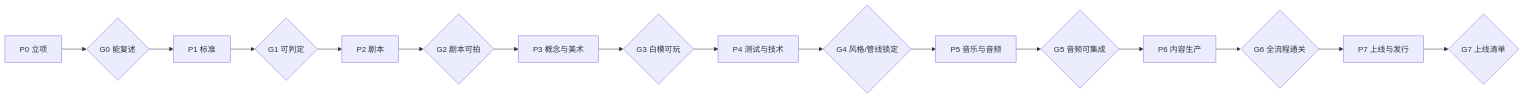
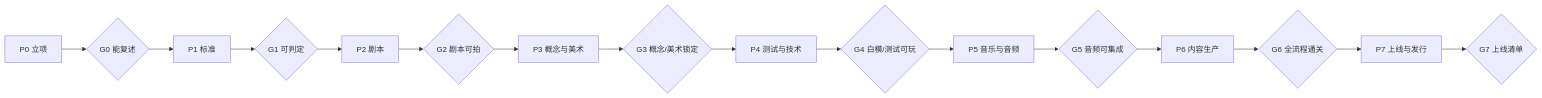
Before and after one commit to ChenWenhui816/Game_Creation_Studio: the diagram in README.md, drawn with Mermaid. The commit also changed other lines of this file and 41 other files, not shown here.

````diff
--- a/README.md
+++ b/README.md
@@ -174,18 +183,18 @@
 ```mermaid
 flowchart LR
   P0[P0 立项] --> G0{G0 能复述}
   G0 --> P1[P1 标准]
   P1 --> G1{G1 可判定}
   G1 --> P2[P2 剧本]
   P2 --> G2{G2 剧本可拍}
   G2 --> P3[P3 概念与美术]
-  P3 --> G3{G3 白模可玩}
+  P3 --> G3{G3 概念/美术锁定}
   G3 --> P4[P4 测试与技术]
-  P4 --> G4{G4 风格/管线锁定}
+  P4 --> G4{G4 白模/测试可玩}
   G4 --> P5[P5 音乐与音频]
   P5 --> G5{G5 音频可集成}
   G5 --> P6[P6 内容生产]
   P6 --> G6{G6 全流程通关}
   G6 --> P7[P7 上线与发行]
   P7 --> G7{G7 上线清单}
 ```
````
